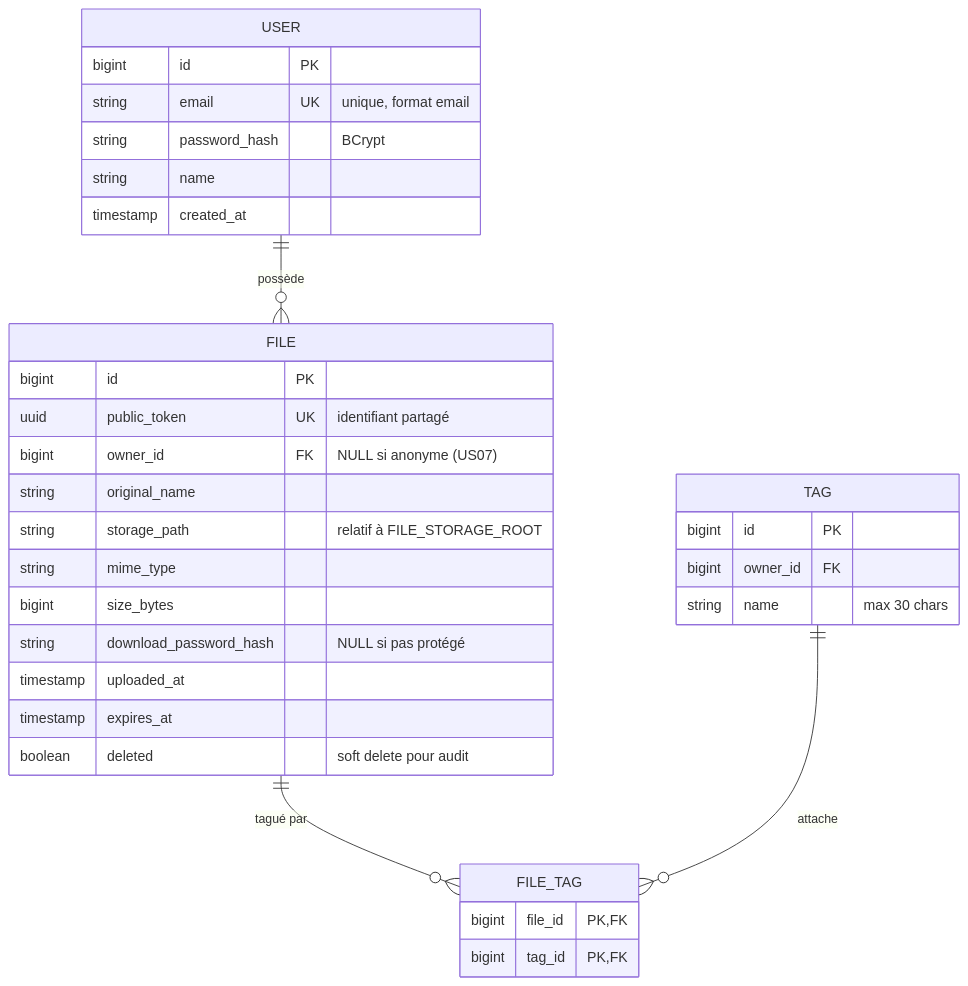
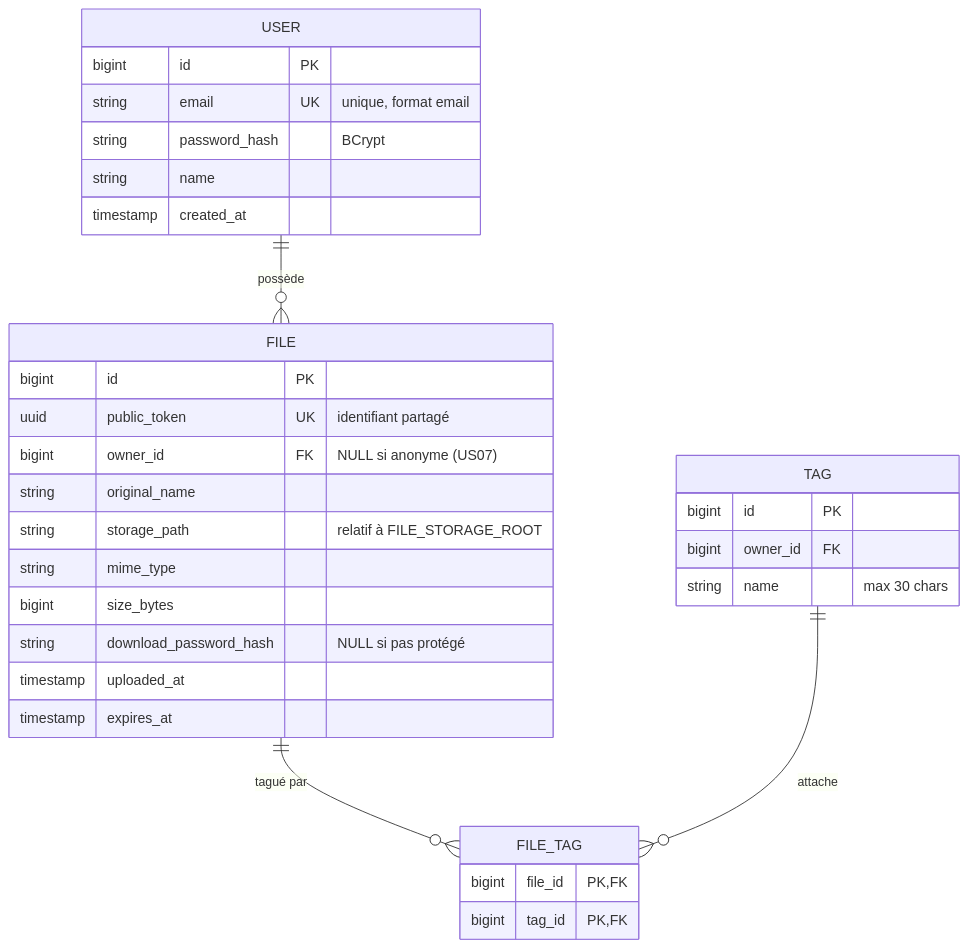
One commit to ttaourirt/datashare-mvp changed the diagram in docs/02-data-model.md. Above: the diagram before and after it, drawn with Mermaid. The commit also changed other lines of this file and 21 other files, not shown here.

````diff
--- a/docs/02-data-model.md
+++ b/docs/02-data-model.md
@@ -5,39 +5,38 @@
 ```mermaid
 erDiagram
     USER ||--o{ FILE : "possède"
     FILE ||--o{ FILE_TAG : "tagué par"
     TAG  ||--o{ FILE_TAG : "attache"
 
     USER {
         bigint id PK
         string email UK "unique, format email"
         string password_hash "BCrypt"
         string name
         timestamp created_at
     }
 
     FILE {
         bigint id PK
         uuid public_token UK "identifiant partagé"
         bigint owner_id FK "NULL si anonyme (US07)"
         string original_name
         string storage_path "relatif à FILE_STORAGE_ROOT"
         string mime_type
         bigint size_bytes
         string download_password_hash "NULL si pas protégé"
         timestamp uploaded_at
         timestamp expires_at
-        boolean deleted "soft delete pour audit"
     }
 
     TAG {
         bigint id PK
         bigint owner_id FK
         string name "max 30 chars"
     }
 
     FILE_TAG {
         bigint file_id PK, FK
         bigint tag_id PK, FK
     }
 ```
````
